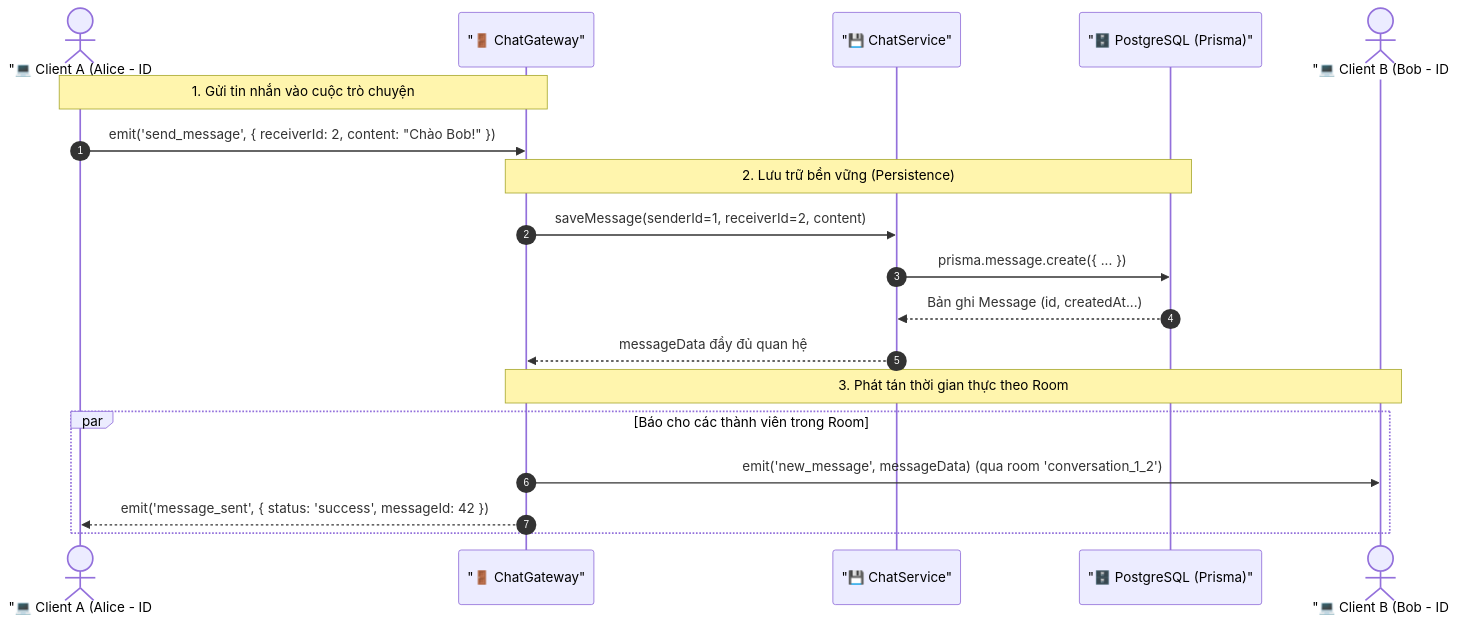
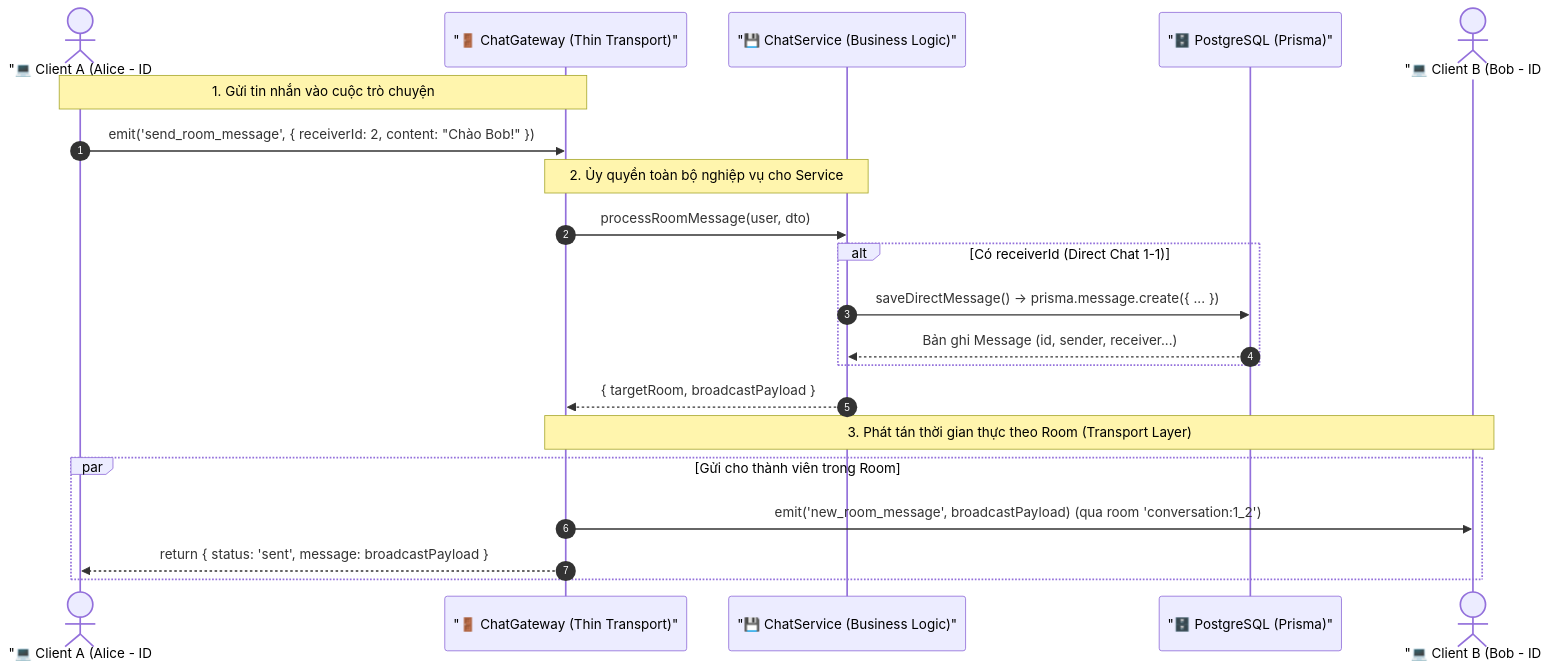
The diagram in docs/modules/module-06/lesson-6.3/lesson-6.3.md (thanhmati/nestjs-basic-course), drawn with Mermaid before and after one commit. The commit also changed other lines of this file, not shown here.

````diff
--- a/docs/modules/module-06/lesson-6.3/lesson-6.3.md
+++ b/docs/modules/module-06/lesson-6.3/lesson-6.3.md
@@ -126,24 +126,26 @@
 ```mermaid
 sequenceDiagram
     autonumber
     actor Alice as "💻 Client A (Alice - ID #1)"
-    participant Gateway as "🚪 ChatGateway"
-    participant ChatSvc as "💾 ChatService"
+    participant Gateway as "🚪 ChatGateway (Thin Transport)"
+    participant ChatSvc as "💾 ChatService (Business Logic)"
     participant DB as "🗄️ PostgreSQL (Prisma)"
     actor Bob as "💻 Client B (Bob - ID #2)"
 
     Note over Alice, Gateway: 1. Gửi tin nhắn vào cuộc trò chuyện
-    Alice->>Gateway: emit('send_message', { receiverId: 2, content: "Chào Bob!" })
+    Alice->>Gateway: emit('send_room_message', { receiverId: 2, content: "Chào Bob!" })
 
-    Note over Gateway, DB: 2. Lưu trữ bền vững (Persistence)
-    Gateway->>ChatSvc: saveMessage(senderId=1, receiverId=2, content)
-    ChatSvc->>DB: prisma.message.create({ ... })
-    DB-->>ChatSvc: Bản ghi Message (id, createdAt...)
-    ChatSvc-->>Gateway: messageData đầy đủ quan hệ
+    Note over Gateway, ChatSvc: 2. Ủy quyền toàn bộ nghiệp vụ cho Service
+    Gateway->>ChatSvc: processRoomMessage(user, dto)
+    alt Có receiverId (Direct Chat 1-1)
+        ChatSvc->>DB: saveDirectMessage() -> prisma.message.create({ ... })
+        DB-->>ChatSvc: Bản ghi Message (id, sender, receiver...)
+    end
+    ChatSvc-->>Gateway: { targetRoom, broadcastPayload }
 
-    Note over Gateway, Bob: 3. Phát tán thời gian thực theo Room
-    par Báo cho các thành viên trong Room
-        Gateway->>Bob: emit('new_message', messageData) (qua room 'conversation_1_2')
-        Gateway-->>Alice: emit('message_sent', { status: 'success', messageId: 42 })
+    Note over Gateway, Bob: 3. Phát tán thời gian thực theo Room (Transport Layer)
+    par Gửi cho thành viên trong Room
+        Gateway->>Bob: emit('new_room_message', broadcastPayload) (qua room 'conversation:1_2')
+        Gateway-->>Alice: return { status: 'sent', message: broadcastPayload }
     end
 ```
````
